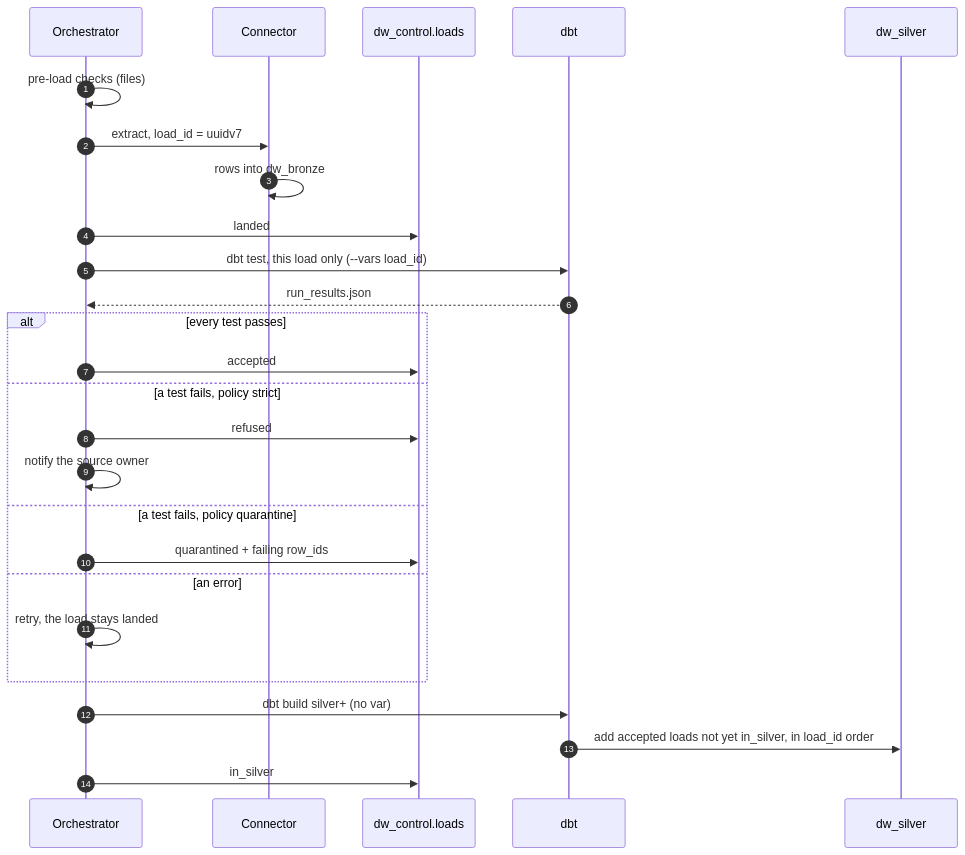
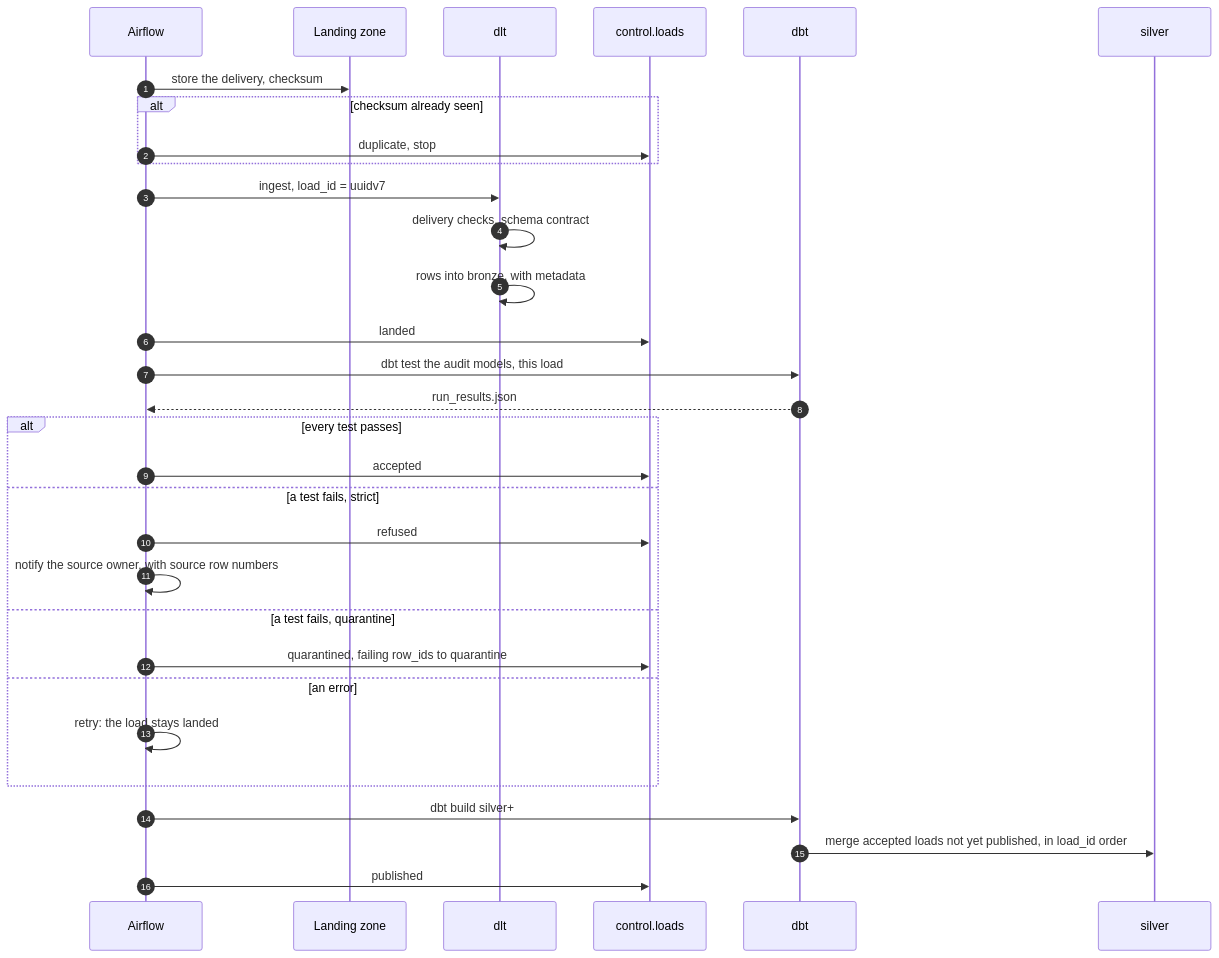
The second of 8 diagrams in docs/ARCHITECTURE_PROPOSAL.md (le1douglas/DataWarehouse), drawn with Mermaid before and after one commit. The commit also changed other lines of this file, not shown here.

Commit message:
start of architectural plan

````diff
--- a/docs/ARCHITECTURE_PROPOSAL.md
+++ b/docs/ARCHITECTURE_PROPOSAL.md
@@ -46,29 +78,34 @@
 ```mermaid
 sequenceDiagram
     autonumber
-    participant O as Orchestrator
-    participant C as Connector
-    participant L as dw_control.loads
+    participant A as Airflow
+    participant Z as Landing zone
+    participant I as dlt
+    participant C as control.loads
     participant D as dbt
-    participant S as dw_silver
+    participant S as silver
 
-    O->>O: pre-load checks (files)
-    O->>C: extract, load_id = uuidv7
-    C->>C: rows into dw_bronze
-    O->>L: landed
-    O->>D: dbt test, this load only (--vars load_id)
-    D-->>O: run_results.json
+    A->>Z: store the delivery, checksum
+    alt checksum already seen
+        A->>C: duplicate, stop
+    end
+    A->>I: ingest, load_id = uuidv7
+    I->>I: delivery checks, schema contract
+    I->>I: rows into bronze, with metadata
+    A->>C: landed
+    A->>D: dbt test the audit models, this load
+    D-->>A: run_results.json
     alt every test passes
-        O->>L: accepted
-    else a test fails, policy strict
-        O->>L: refused
-        O->>O: notify the source owner
-    else a test fails, policy quarantine
-        O->>L: quarantined + failing row_ids
+        A->>C: accepted
+    else a test fails, strict
+        A->>C: refused
+        A->>A: notify the source owner, with source row numbers
+    else a test fails, quarantine
+        A->>C: quarantined, failing row_ids to quarantine
     else an error
-        O->>O: retry, the load stays landed
+        A->>A: retry: the load stays landed
     end
-    O->>D: dbt build silver+ (no var)
-    D->>S: add accepted loads not yet in_silver, in load_id order
-    O->>L: in_silver
+    A->>D: dbt build silver+
+    D->>S: merge accepted loads not yet published, in load_id order
+    A->>C: published
 ```
````
